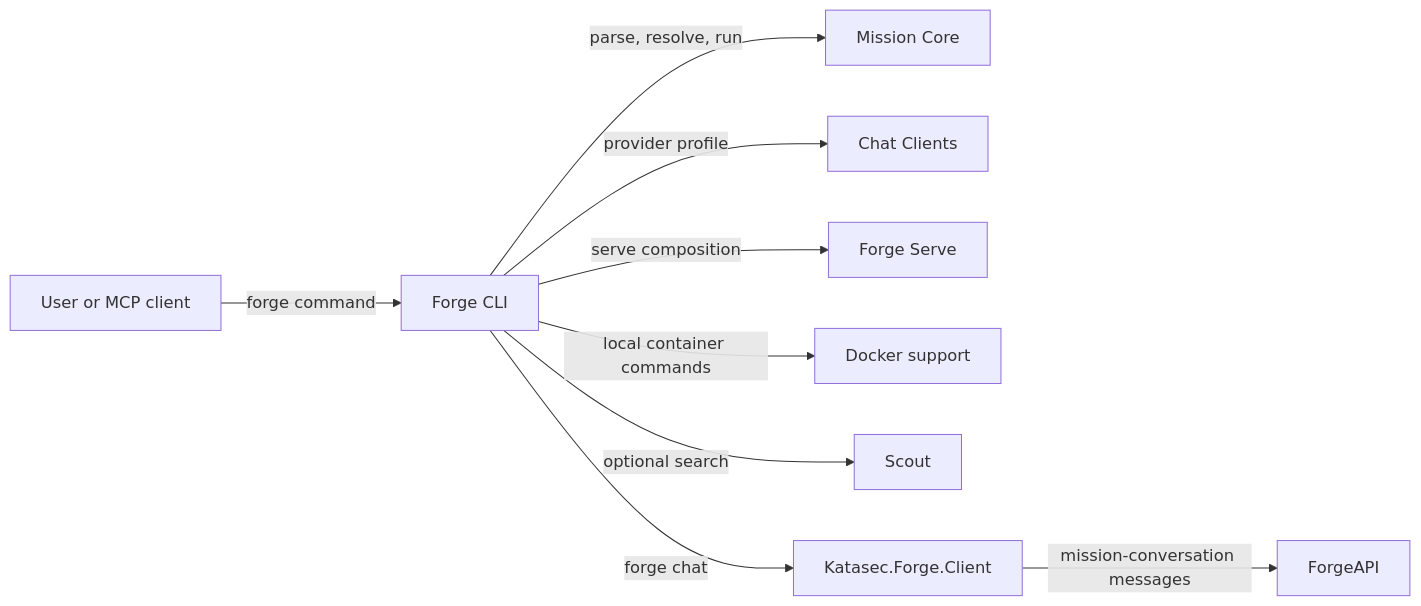
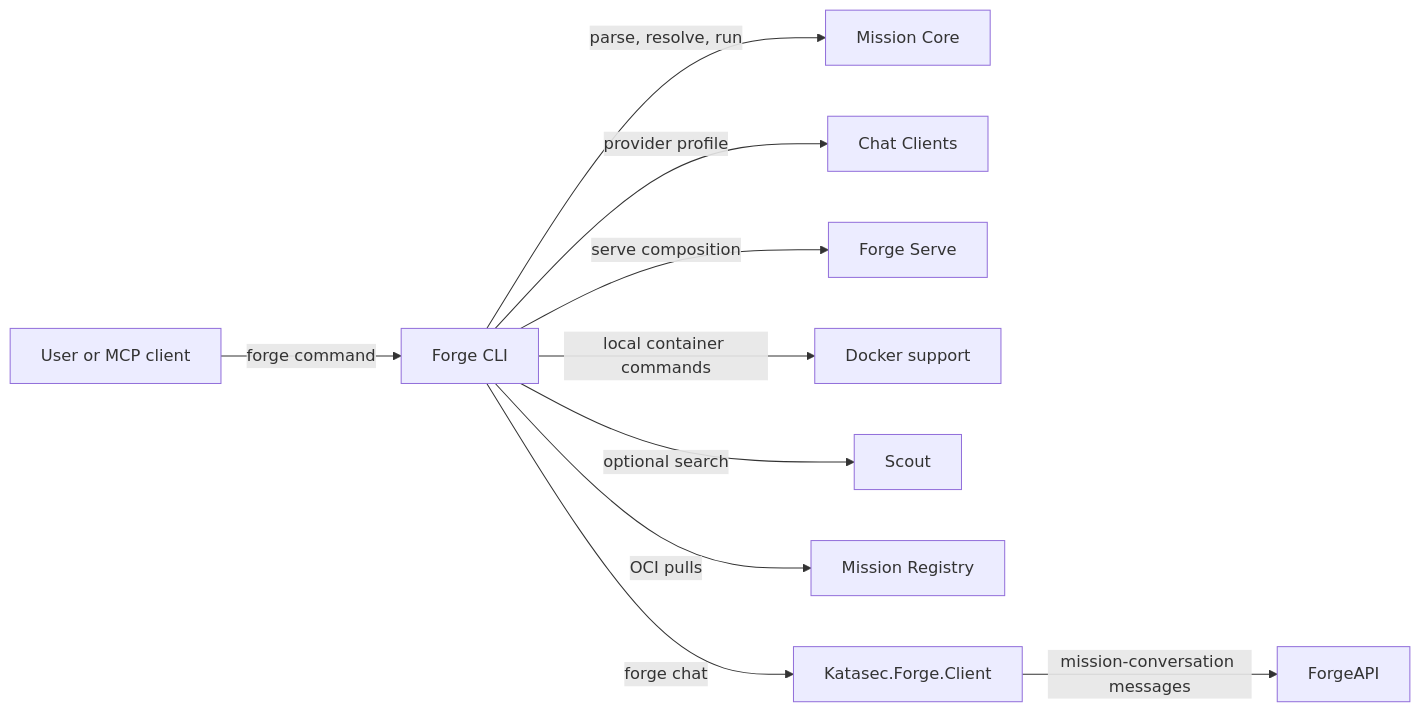
The diagram in src/ForgeMission.Cli/README.md (katasec/forge-mcl), drawn with Mermaid before and after one commit. The commit also changed other lines of this file, not shown here.

Commit message:
docs(cli): turn README into a concise code atlas

````diff
--- a/src/ForgeMission.Cli/README.md
+++ b/src/ForgeMission.Cli/README.md
@@ -52,11 +91,12 @@
 ```mermaid
 flowchart LR
   User[User or MCP client] -->|forge command| CLI[Forge CLI]
   CLI -->|parse, resolve, run| Core[Mission Core]
   CLI -->|provider profile| Clients[Chat Clients]
   CLI -->|serve composition| Serve[Forge Serve]
   CLI -->|local container commands| Docker[Docker support]
   CLI -->|optional search| Scout[Scout]
+  CLI -->|OCI pulls| Registry[Mission Registry]
   CLI -->|forge chat| Client[Katasec.Forge.Client]
   Client -->|mission-conversation messages| ForgeApi[ForgeAPI]
 ```
````
